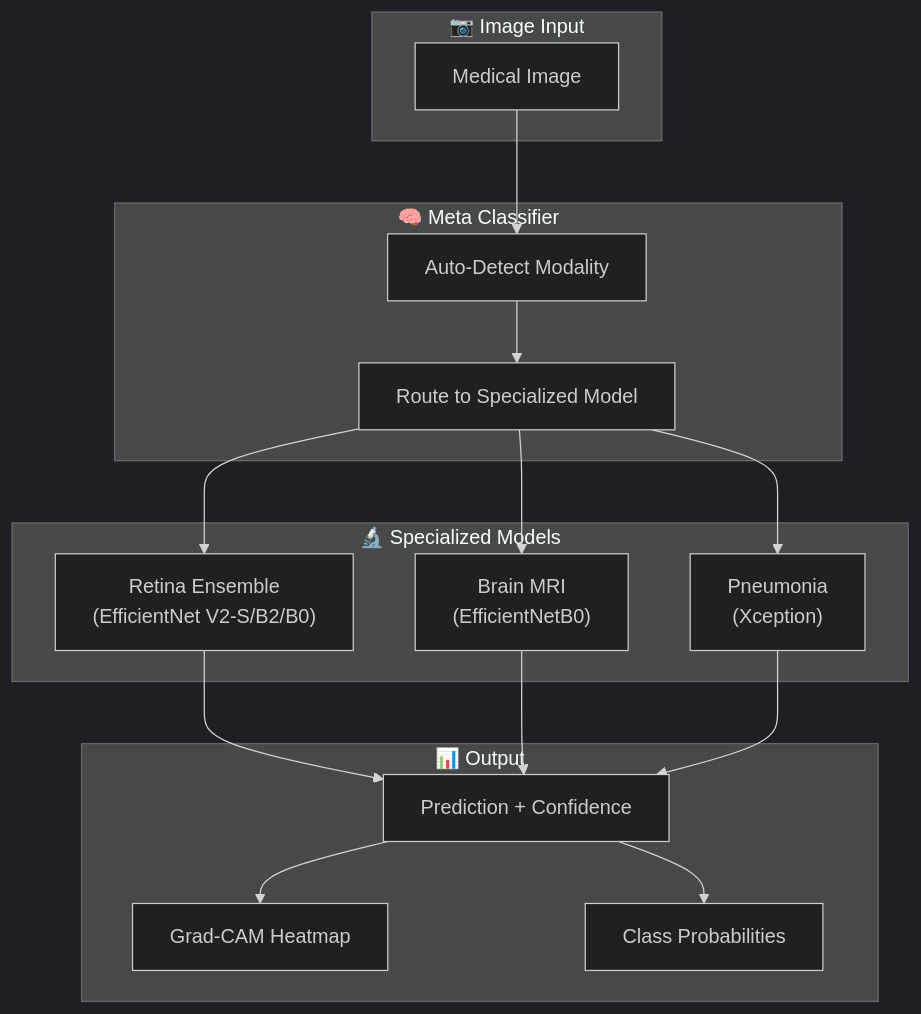
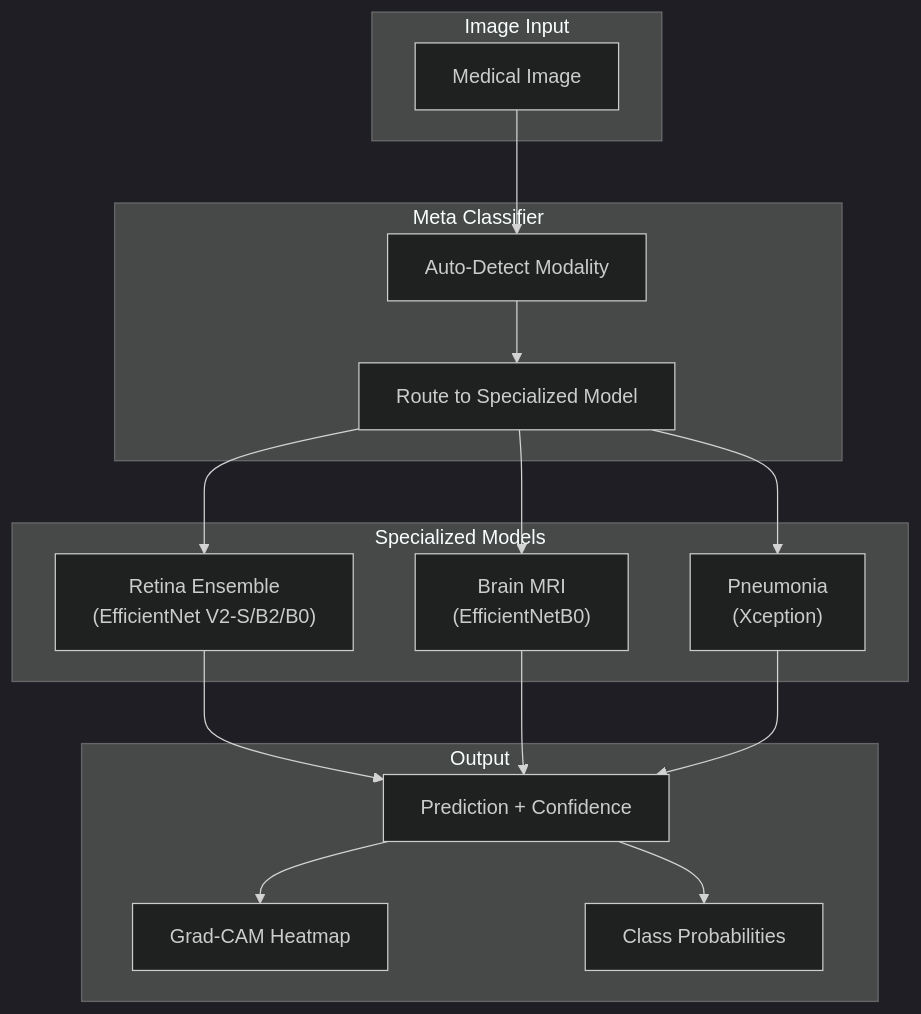
Before and after one commit to MayurBhama/Multi-Disease-Detection: the first of 5 diagrams in README.md, drawn with Mermaid (dark theme). The commit also changed other lines of this file, not shown here.

````diff
--- a/README.md
+++ b/README.md
@@ -108,34 +117,34 @@
 ```mermaid
 flowchart TB
-    subgraph Input["📷 Image Input"]
+    subgraph Input["Image Input"]
         IMG[Medical Image]
     end
     
-    subgraph Meta["🧠 Meta Classifier"]
+    subgraph Meta["Meta Classifier"]
         DETECT[Auto-Detect Modality]
         ROUTE[Route to Specialized Model]
     end
     
-    subgraph Models["🔬 Specialized Models"]
+    subgraph Models["Specialized Models"]
         RETINA["Retina Ensemble<br/>(EfficientNet V2-S/B2/B0)"]
         BRAIN["Brain MRI<br/>(EfficientNetB0)"]
         PNEUMO["Pneumonia<br/>(Xception)"]
     end
     
-    subgraph Output["📊 Output"]
+    subgraph Output["Output"]
         PRED[Prediction + Confidence]
         GRADCAM[Grad-CAM Heatmap]
         PROBS[Class Probabilities]
     end
     
     IMG --> DETECT
     DETECT --> ROUTE
     ROUTE --> RETINA
     ROUTE --> BRAIN
     ROUTE --> PNEUMO
     RETINA --> PRED
     BRAIN --> PRED
     PNEUMO --> PRED
     PRED --> GRADCAM
     PRED --> PROBS
 ```
````
